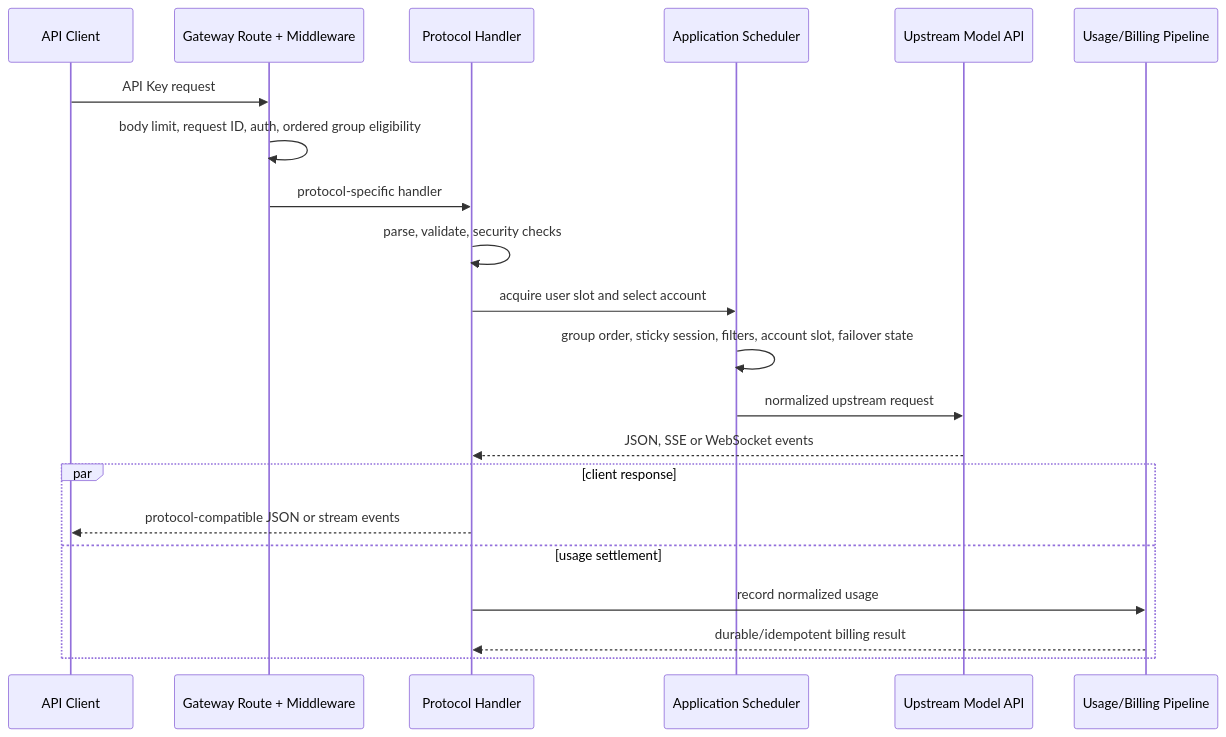
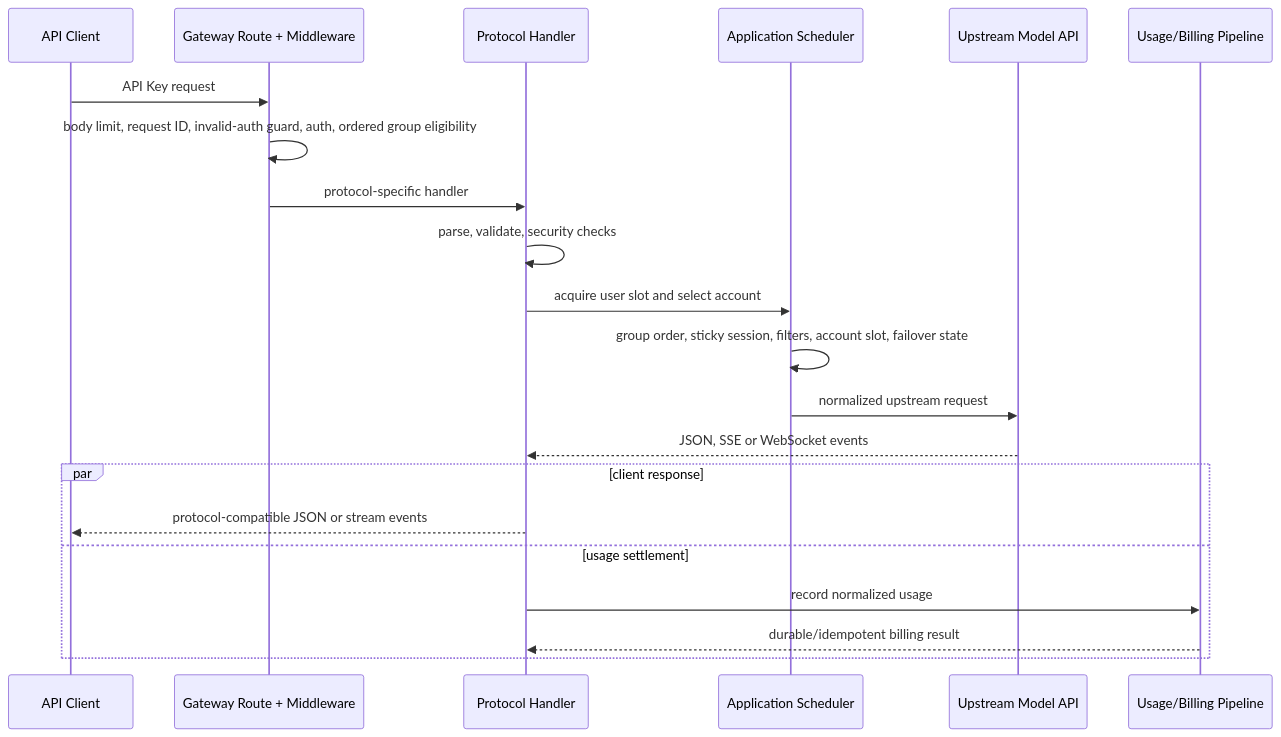
The first of 2 diagrams in docs/REQUEST_LIFECYCLES.md (DR-lin-eng/sub2api-no2api), drawn with Mermaid before and after one commit. The commit also changed other lines of this file and 34 other files, not shown here.

````diff
--- a/docs/REQUEST_LIFECYCLES.md
+++ b/docs/REQUEST_LIFECYCLES.md
@@ -9,24 +9,24 @@
 ```mermaid
 sequenceDiagram
     participant Client as API Client
     participant Route as Gateway Route + Middleware
     participant Handler as Protocol Handler
     participant Scheduler as Application Scheduler
     participant Upstream as Upstream Model API
     participant Billing as Usage/Billing Pipeline
 
     Client->>Route: API Key request
-    Route->>Route: body limit, request ID, auth, ordered group eligibility
+    Route->>Route: body limit, request ID, invalid-auth guard, auth, ordered group eligibility
     Route->>Handler: protocol-specific handler
     Handler->>Handler: parse, validate, security checks
     Handler->>Scheduler: acquire user slot and select account
     Scheduler->>Scheduler: group order, sticky session, filters, account slot, failover state
     Scheduler->>Upstream: normalized upstream request
     Upstream-->>Handler: JSON, SSE or WebSocket events
     par client response
         Handler-->>Client: protocol-compatible JSON or stream events
     and usage settlement
         Handler->>Billing: record normalized usage
         Billing-->>Handler: durable/idempotent billing result
     end
 ```
````
